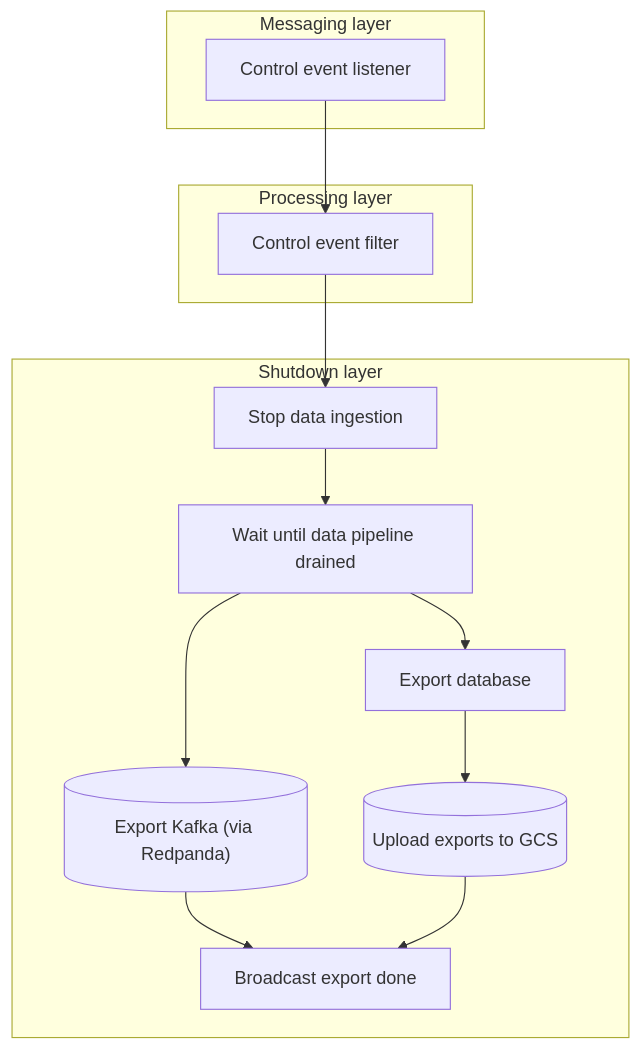
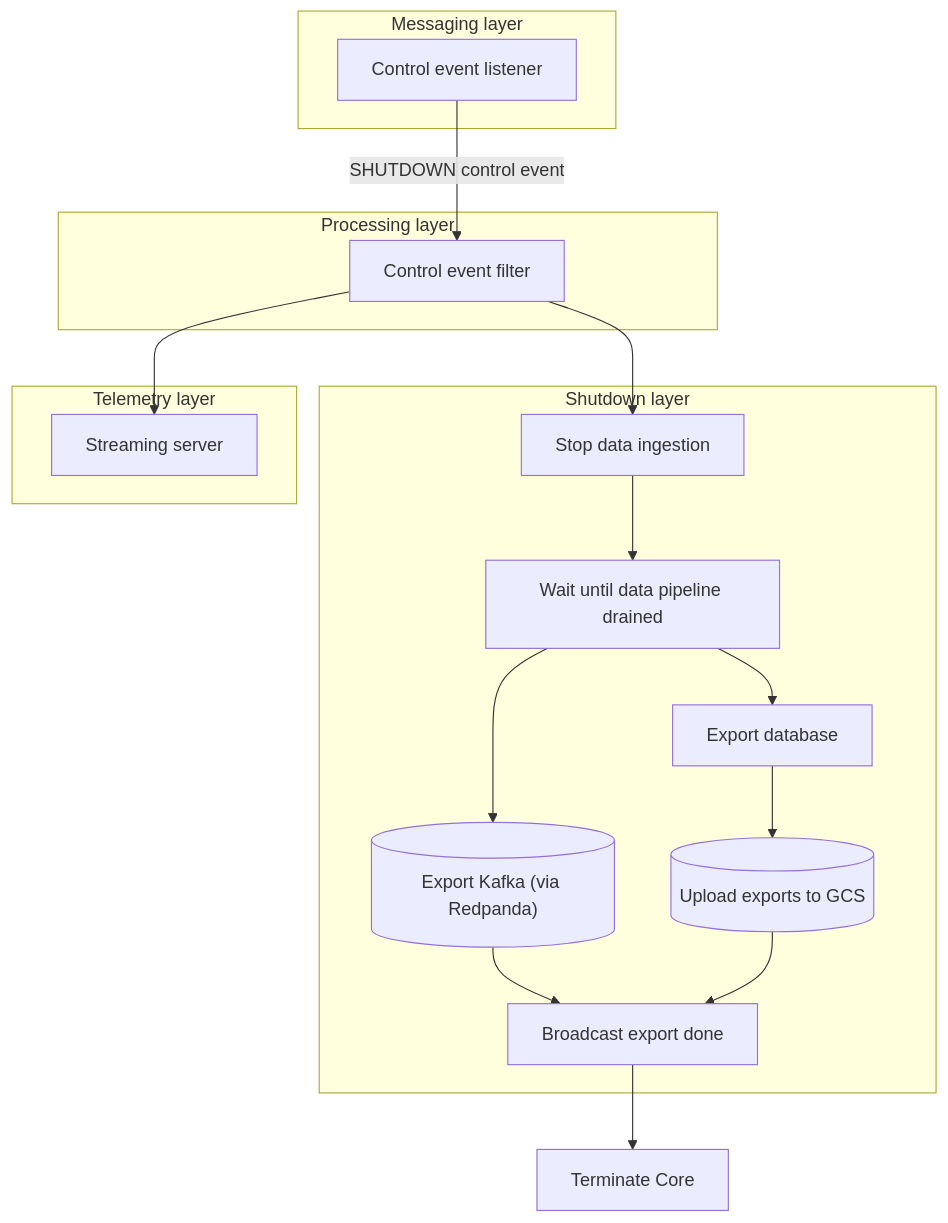
The third of 3 diagrams in docs/component-core.md (ChronoRacer/chronoracer), drawn with Mermaid before and after one commit. The commit also changed other lines of this file and 89 other files, not shown here.

First line of the commit message:
Core telemetry serving, GCM metrics

````diff
--- a/docs/component-core.md
+++ b/docs/component-core.md
@@ -228,28 +251,36 @@
 ```mermaid
 flowchart TB
-    subgraph kafka["Messaging layer"]
-        kafkaControl["Control event listener"]
-    end
+  subgraph kafka["Messaging layer"]
+    kafkaControl["Control event listener"]
+  end
 
-    subgraph process["Processing layer"]
-        filterControl["Control event filter"]
-    end
+  subgraph process["Processing layer"]
+    filterControl["Control event filter"]
+  end
 
-    subgraph shutdown["Shutdown layer"]
-        dataStop["Stop data ingestion"]
-        pipelineDrain["Wait until data pipeline drained"]
-        exportKafka[("Export Kafka (via Redpanda)")]
-        exportDb["Export database"]
-        gcsWriter[("Upload exports to GCS")]
-        notify["Broadcast export done"]
-    end
+  subgraph shutdown["Shutdown layer"]
+    dataStop["Stop data ingestion"]
+    pipelineDrain["Wait until data pipeline drained"]
+    exportKafka[("Export Kafka (via Redpanda)")]
+    exportDb["Export database"]
+    gcsWriter[("Upload exports to GCS")]
+    notify["Broadcast export done"]
+  end
 
-    kafkaControl --> filterControl
-    filterControl --> dataStop
-    dataStop --> pipelineDrain
-    pipelineDrain --> exportKafka
-    pipelineDrain --> exportDb
-    exportDb --> gcsWriter
-    exportKafka --> notify
-    gcsWriter --> notify
+  subgraph telemetry["Telemetry layer"]
+    tel_stream["Streaming server"]
+  end
+  
+  shutdownCore["Terminate Core"]
+
+  kafkaControl -->|SHUTDOWN control event| filterControl
+  filterControl -->tel_stream
+  filterControl --> dataStop
+  dataStop --> pipelineDrain
+  pipelineDrain --> exportKafka
+  pipelineDrain --> exportDb
+  exportDb --> gcsWriter
+  exportKafka --> notify
+  gcsWriter --> notify
+  notify --> shutdownCore
 ```
````
